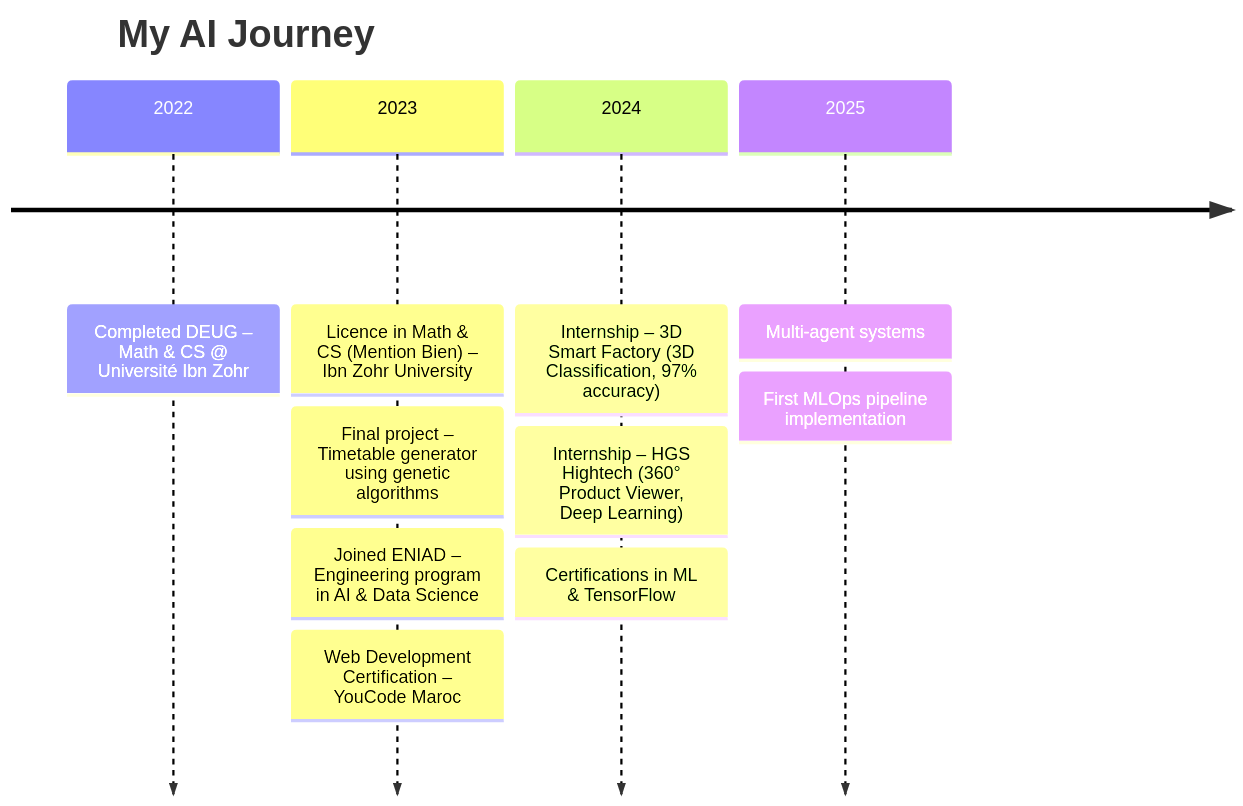
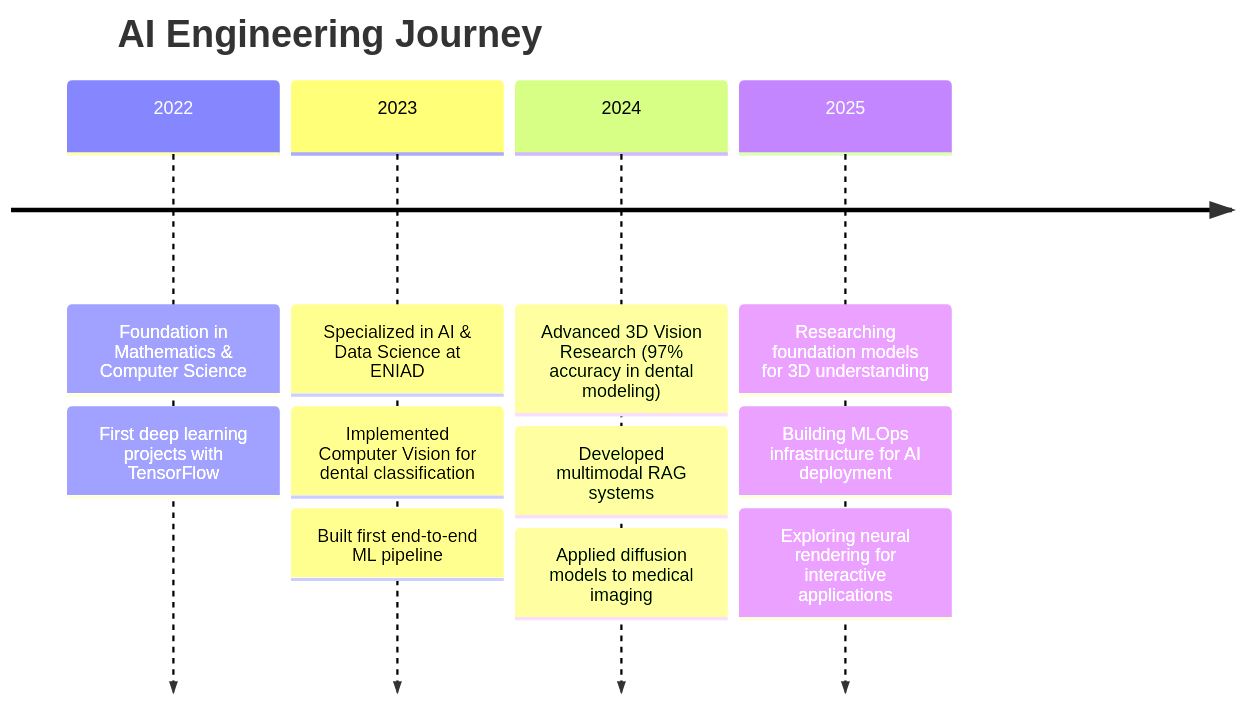
The second of 6 diagrams in README.md (ennajari/ennajari), drawn with Mermaid before and after one commit. The commit also changed other lines of this file, not shown here.

````diff
--- a/README.md
+++ b/README.md
@@ -120,14 +116,15 @@
   ```mermaid
 timeline
-  title My AI Journey
-  2022 : Completed DEUG – Math & CS @ Université Ibn Zohr
-  2023 : Licence in Math & CS (Mention Bien) – Ibn Zohr University
-       : Final project – Timetable generator using genetic algorithms
-       : Joined ENIAD – Engineering program in AI & Data Science
-       : Web Development Certification – YouCode Maroc
-  2024 : Internship – 3D Smart Factory (3D Classification, 97% accuracy)
-       : Internship – HGS Hightech (360° Product Viewer, Deep Learning)
-       : Certifications in ML & TensorFlow
-  2025 : Multi-agent systems
-       : First MLOps pipeline implementation
+  title AI Engineering Journey
+  2022 : Foundation in Mathematics & Computer Science
+       : First deep learning projects with TensorFlow
+  2023 : Specialized in AI & Data Science at ENIAD
+       : Implemented Computer Vision for dental classification
+       : Built first end-to-end ML pipeline
+  2024 : Advanced 3D Vision Research (97% accuracy in dental modeling)
+       : Developed multimodal RAG systems
+       : Applied diffusion models to medical imaging
+  2025 : Researching foundation models for 3D understanding
+       : Building MLOps infrastructure for AI deployment
+       : Exploring neural rendering for interactive applications
   ```
````
